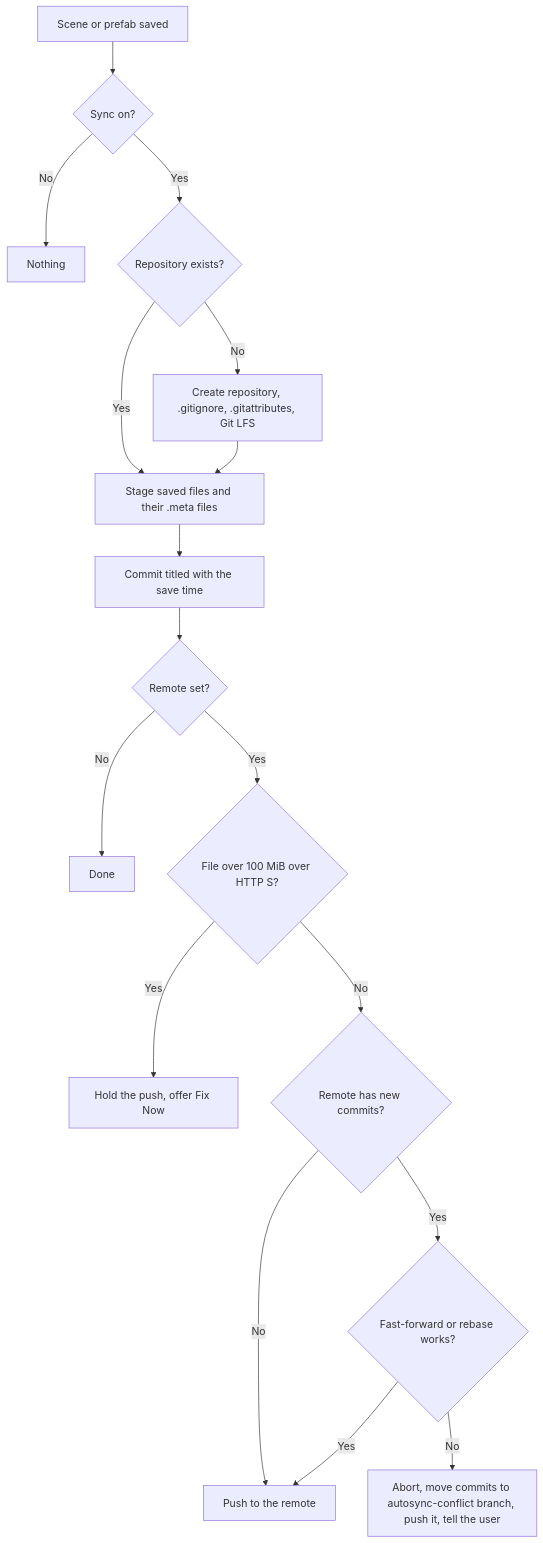
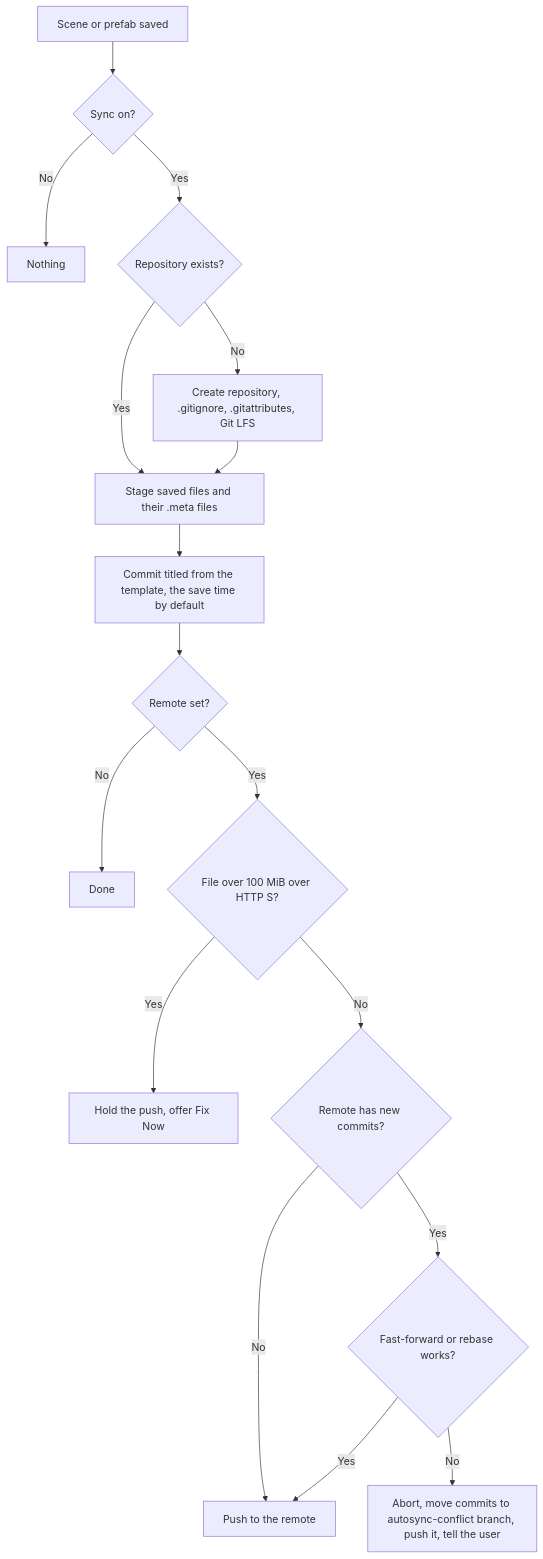
One commit to Rionquosue/riryunityworkflow changed the diagram in docs/About/Tools/AutoSync.md. Above: the diagram before and after it, drawn with Mermaid. The commit also changed other lines of this file and 6 other files, not shown here.

First line of the commit message:
AutoSync: editable commit title template with {time}, {files} and {branch}

````diff
--- a/docs/About/Tools/AutoSync.md
+++ b/docs/About/Tools/AutoSync.md
@@ -32,19 +32,19 @@
 ```mermaid
 flowchart TD
     A[Scene or prefab saved] --> B{Sync on?}
     B -- No --> Z[Nothing]
     B -- Yes --> C{Repository exists?}
     C -- No --> D[Create repository, .gitignore, .gitattributes, Git LFS]
     C -- Yes --> E[Stage saved files and their .meta files]
     D --> E
-    E --> F[Commit titled with the save time]
+    E --> F[Commit titled from the template, the save time by default]
     F --> G{Remote set?}
     G -- No --> Z2[Done]
     G -- Yes --> H{File over 100 MiB over HTTP S?}
     H -- Yes --> I[Hold the push, offer Fix Now]
     H -- No --> R{Remote has new commits?}
     R -- No --> J[Push to the remote]
     R -- Yes --> S{Fast-forward or rebase works?}
     S -- Yes --> J
     S -- No --> T[Abort, move commits to autosync-conflict branch, push it, tell the user]
 ```
````
